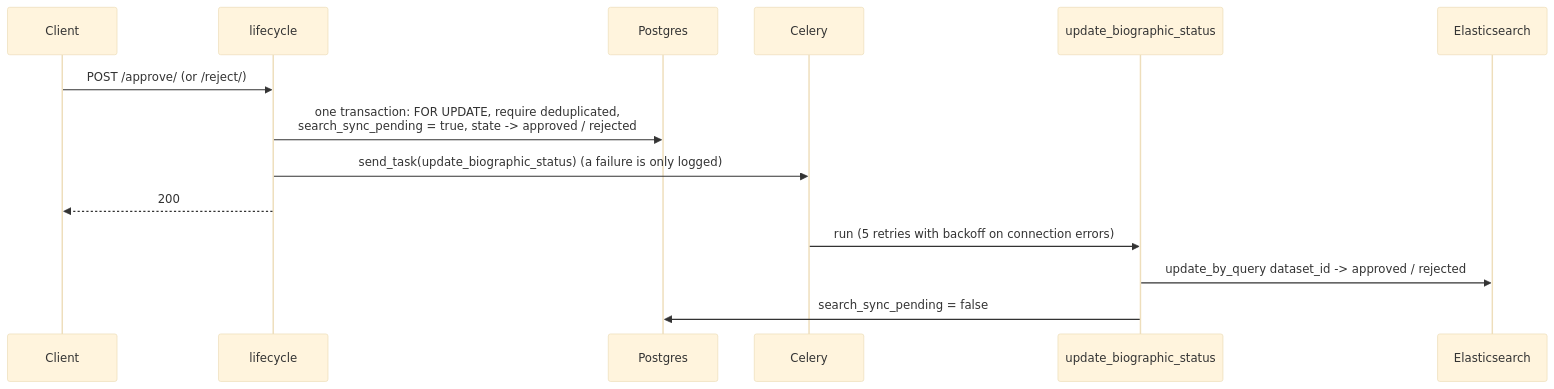
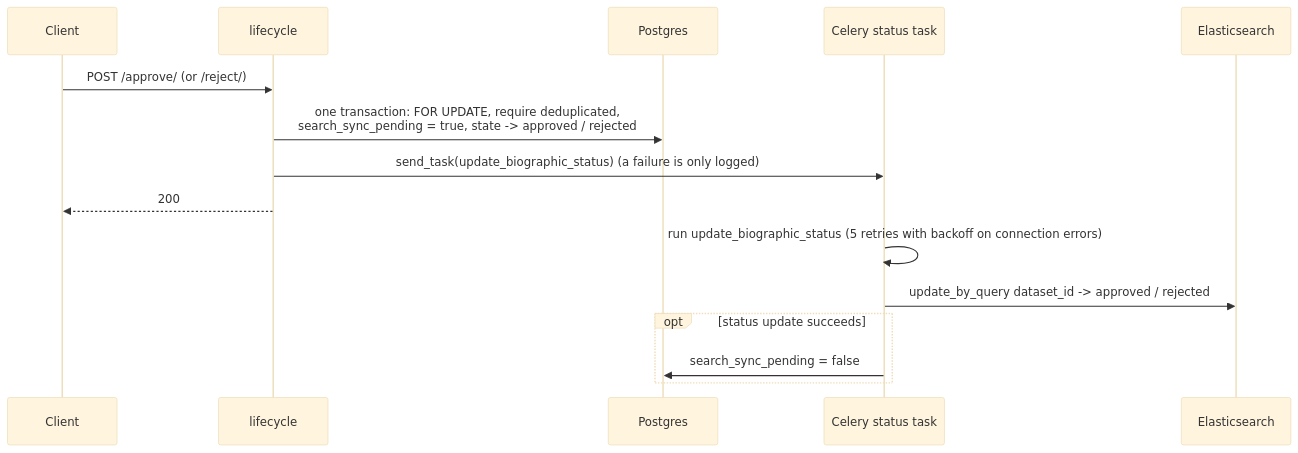
One commit to unicef/hope-dedup-engine changed the seventh of 12 diagrams in docs/src/biographic/concepts/sequence-diagrams.md. Above: the diagram before and after it, drawn with Mermaid (base theme). The commit also changed other lines of this file and 12 other files, not shown here.

````diff
--- a/docs/src/biographic/concepts/sequence-diagrams.md
+++ b/docs/src/biographic/concepts/sequence-diagrams.md
@@ -149,17 +164,18 @@
 ```mermaid
 sequenceDiagram
     participant C as Client
     participant L as lifecycle
     participant DB as Postgres
-    participant Q as Celery
-    participant S as update_biographic_status
+    participant Q as Celery status task
     participant ES as Elasticsearch
 
     C->>L: POST /approve/ (or /reject/)
     L->>DB: one transaction: FOR UPDATE, require deduplicated,<br>search_sync_pending = true, state -> approved / rejected
     L->>Q: send_task(update_biographic_status) (a failure is only logged)
     L-->>C: 200
-    Q->>S: run (5 retries with backoff on connection errors)
-    S->>ES: update_by_query dataset_id -> approved / rejected
-    S->>DB: search_sync_pending = false
+    Q->>Q: run update_biographic_status (5 retries with backoff on connection errors)
+    Q->>ES: update_by_query dataset_id -> approved / rejected
+    opt status update succeeds
+        Q->>DB: search_sync_pending = false
+    end
 ```
````
